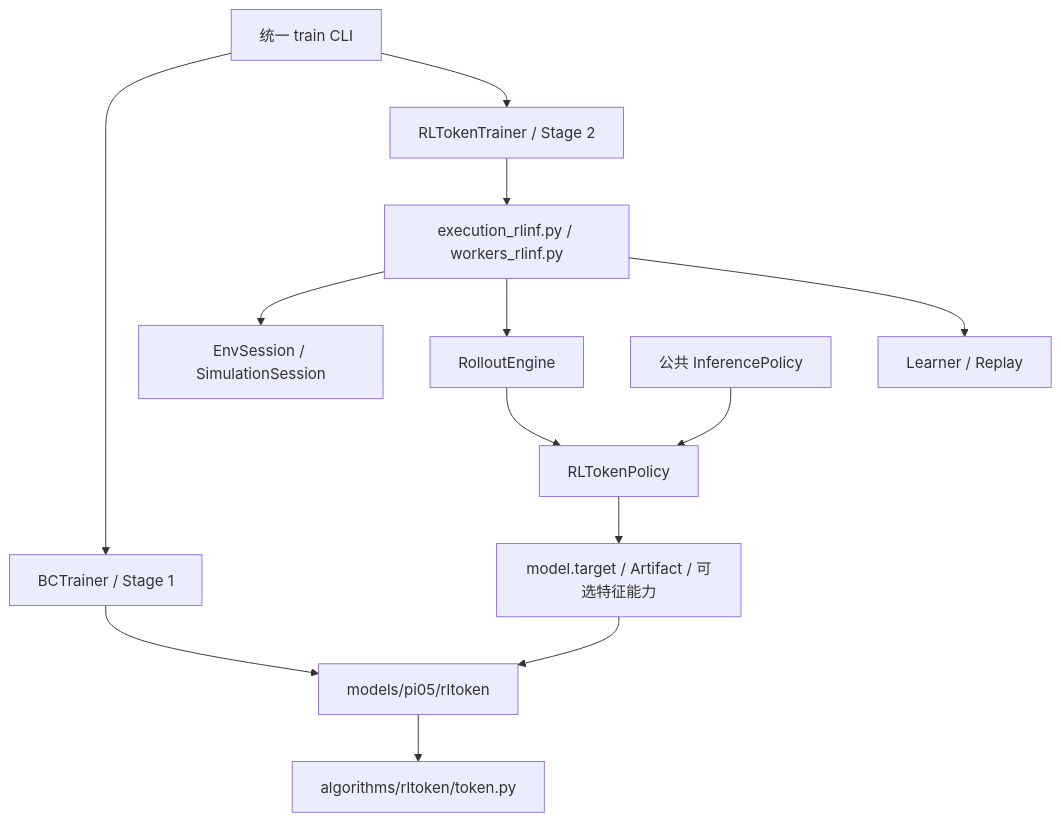
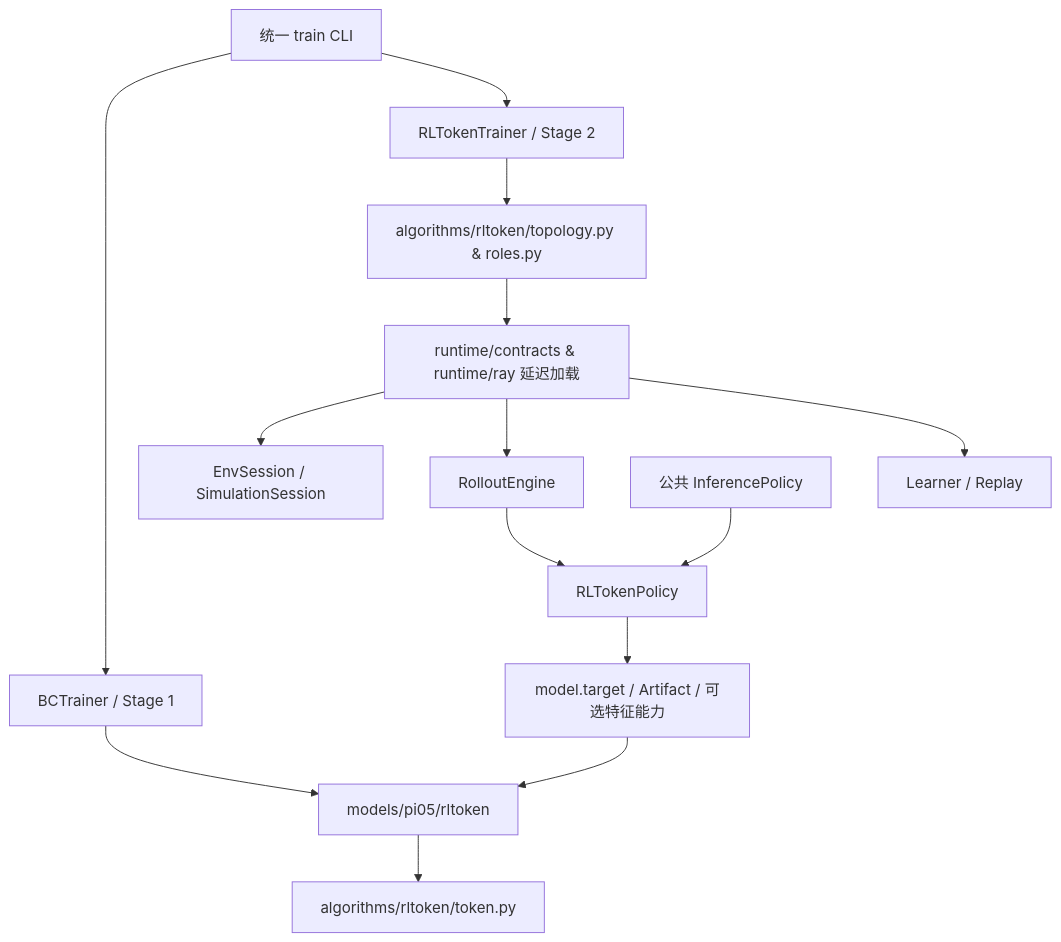
The diagram in docs/rltoken_nexus_architecture.md (dobotwam/dobot-nexus), drawn with Mermaid before and after one commit. The commit also changed other lines of this file and 9 other files, not shown here.

First line of the commit message:
docs(rltoken): document sunken runtime/ray boundaries and architecture

````diff
--- a/docs/rltoken_nexus_architecture.md
+++ b/docs/rltoken_nexus_architecture.md
@@ -10,15 +10,16 @@
 ```mermaid
 flowchart TB
     CLI[统一 train CLI] --> BC[BCTrainer / Stage 1]
     CLI --> TRAIN[RLTokenTrainer / Stage 2]
     BC --> PI[models/pi05/rltoken]
     PI --> TOKEN[algorithms/rltoken/token.py]
-    TRAIN --> EXEC[execution_rlinf.py / workers_rlinf.py]
-    EXEC --> ENV[EnvSession / SimulationSession]
-    EXEC --> ROLL[RolloutEngine]
-    EXEC --> LEARN[Learner / Replay]
+    TRAIN --> TOP[algorithms/rltoken/topology.py & roles.py]
+    TOP --> RT[runtime/contracts & runtime/ray 延迟加载]
+    RT --> ENV[EnvSession / SimulationSession]
+    RT --> ROLL[RolloutEngine]
+    RT --> LEARN[Learner / Replay]
     ROLL --> POLICY[RLTokenPolicy]
     POLICY --> API[model.target / Artifact / 可选特征能力]
     API --> PI
     INFER[公共 InferencePolicy] --> POLICY
 ```
````
